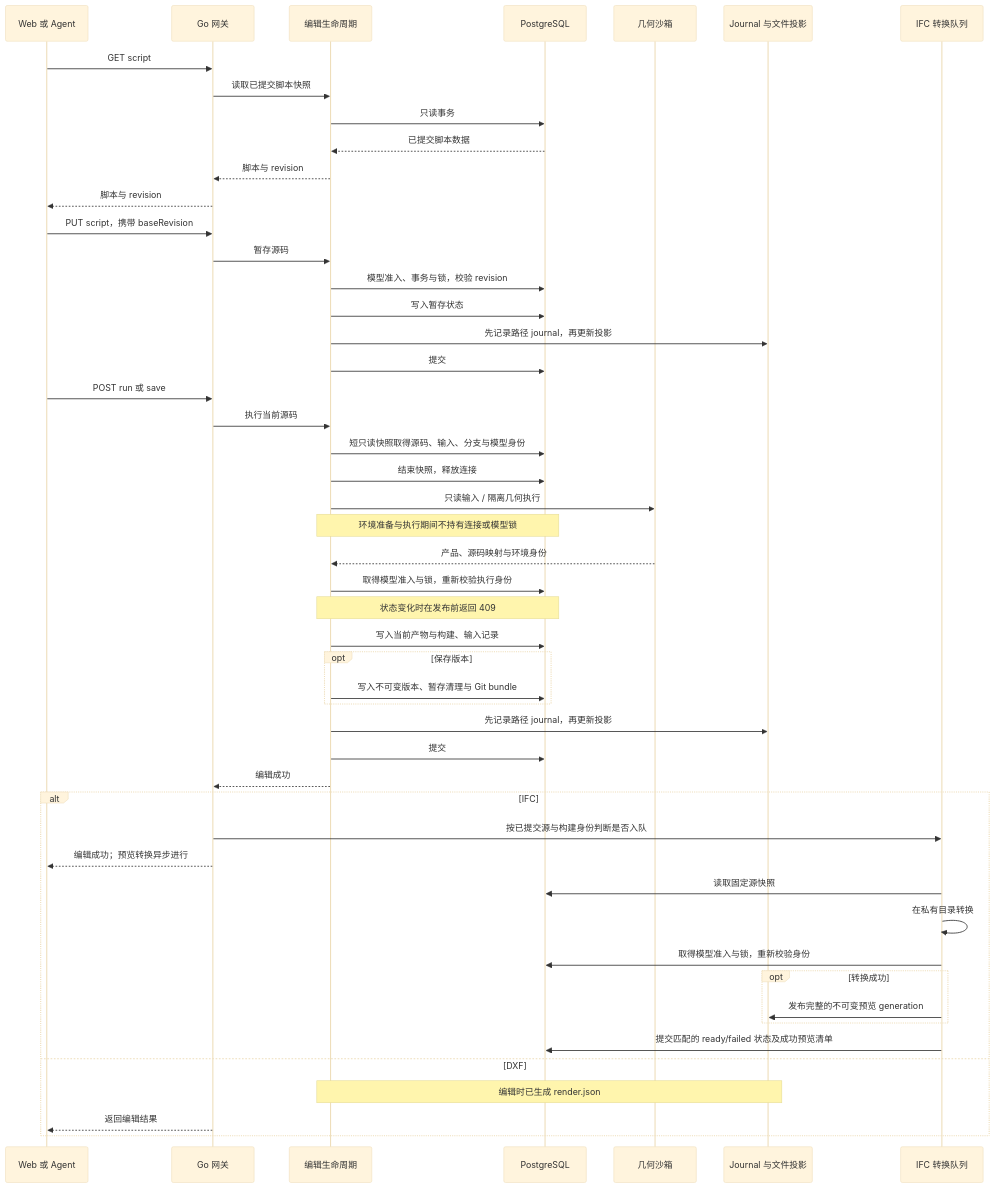
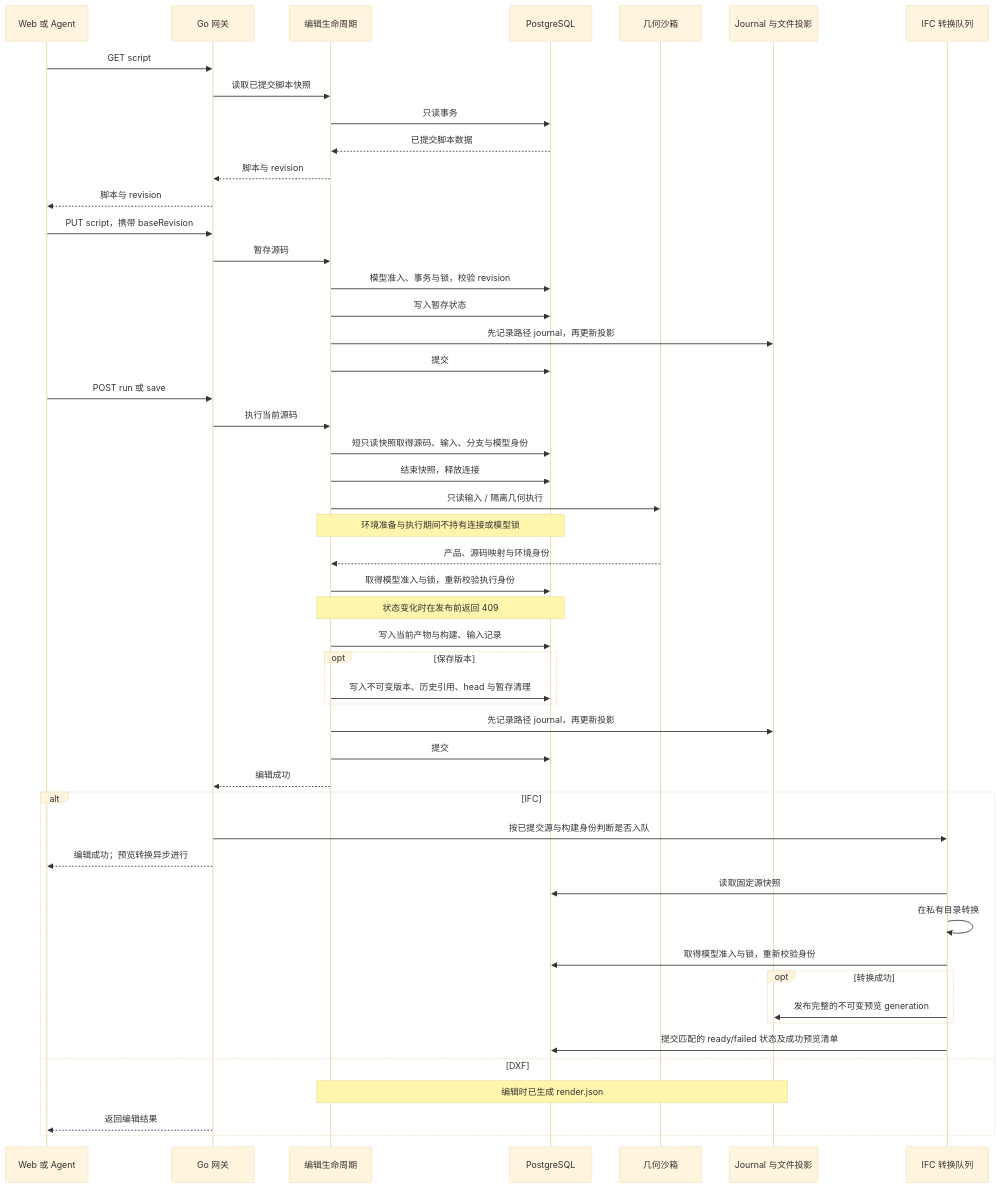
One commit to 0702hjj/SourceAEC changed the second of 2 diagrams in README.zh-CN.md. Above: the diagram before and after it, drawn with Mermaid (base theme). The commit also changed other lines of this file and 41 other files, not shown here.

````diff
--- a/README.zh-CN.md
+++ b/README.zh-CN.md
@@ -65,52 +70,52 @@
 ```mermaid
 sequenceDiagram
     participant U as Web 或 Agent
     participant A as Go 网关
     participant E as 编辑生命周期
     participant P as PostgreSQL
     participant S as 几何沙箱
     participant F as Journal 与文件投影
     participant Q as IFC 转换队列
     U->>A: GET script
     A->>E: 读取已提交脚本快照
     E->>P: 只读事务
     P-->>E: 已提交脚本数据
     E-->>A: 脚本与 revision
     A-->>U: 脚本与 revision
     U->>A: PUT script，携带 baseRevision
     A->>E: 暂存源码
     E->>P: 模型准入、事务与锁，校验 revision
     E->>P: 写入暂存状态
     E->>F: 先记录路径 journal，再更新投影
     E->>P: 提交
     U->>A: POST run 或 save
     A->>E: 执行当前源码
     E->>P: 短只读快照取得源码、输入、分支与模型身份
     E->>P: 结束快照，释放连接
     E->>S: 只读输入 / 隔离几何执行
     Note over E,P: 环境准备与执行期间不持有连接或模型锁
     S-->>E: 产品、源码映射与环境身份
     E->>P: 取得模型准入与锁，重新校验执行身份
     Note over E,P: 状态变化时在发布前返回 409
     E->>P: 写入当前产物与构建、输入记录
     opt 保存版本
-        E->>P: 写入不可变版本、暂存清理与 Git bundle
+        E->>P: 写入不可变版本、历史引用、head 与暂存清理
     end
     E->>F: 先记录路径 journal，再更新投影
     E->>P: 提交
     E-->>A: 编辑成功
     alt IFC
         A->>Q: 按已提交源与构建身份判断是否入队
         A-->>U: 编辑成功；预览转换异步进行
         Q->>P: 读取固定源快照
         Q->>Q: 在私有目录转换
         Q->>P: 取得模型准入与锁，重新校验身份
         opt 转换成功
             Q->>F: 发布完整的不可变预览 generation
         end
         Q->>P: 提交匹配的 ready/failed 状态及成功预览清单
     else DXF
         Note over E,F: 编辑时已生成 render.json
         A-->>U: 返回编辑结果
     end
 ```
````
